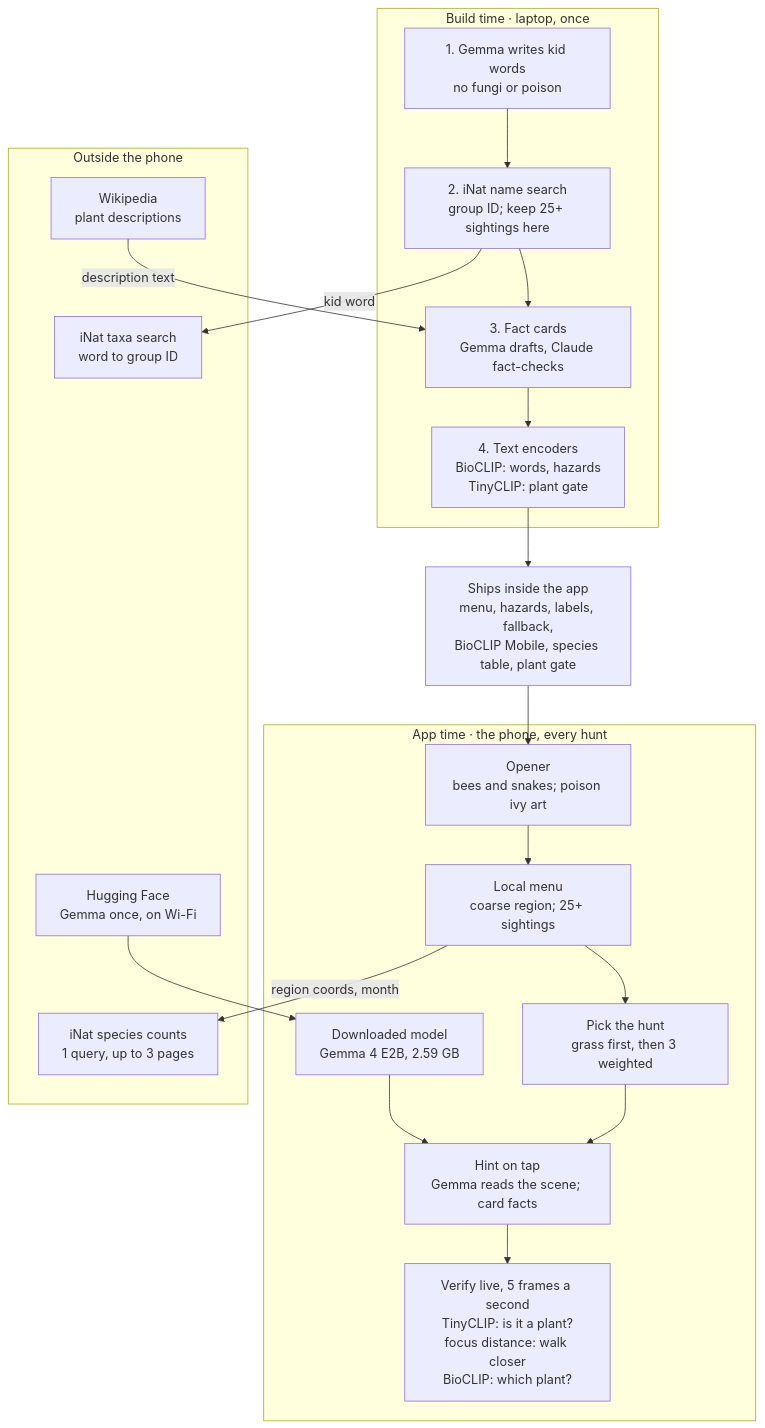
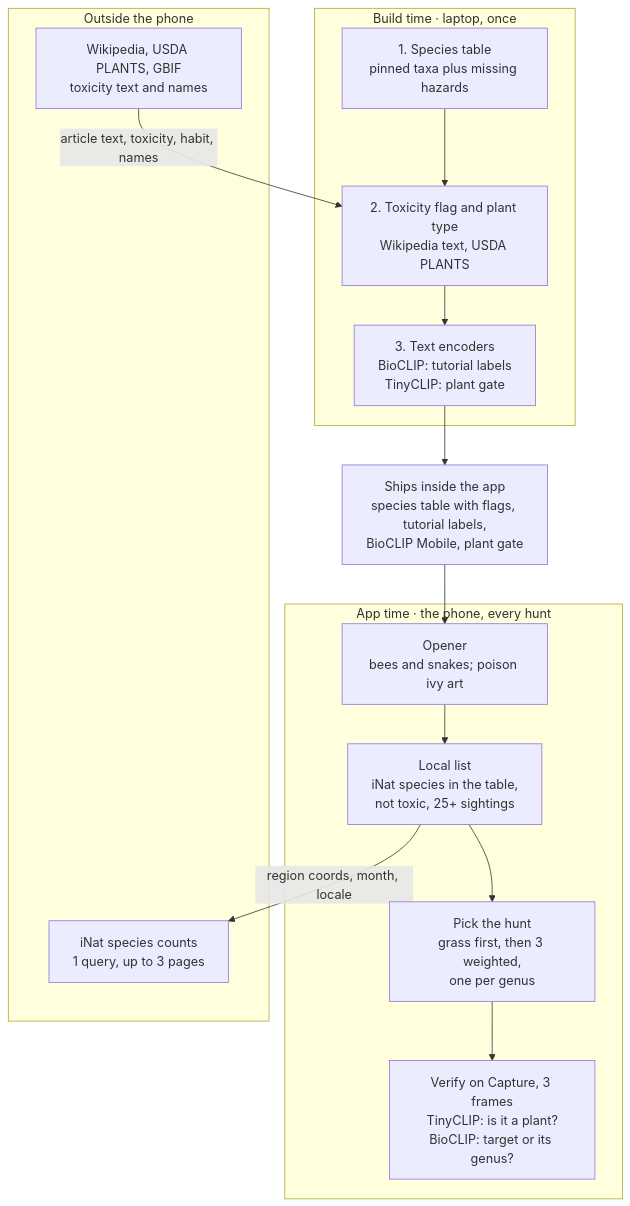
Before and after one commit to anchildress1/wild-find: the diagram in docs/PRD.md, drawn with Mermaid. The commit also changed other lines of this file and 123 other files, not shown here.

First line of the commit message:
feat: drop Gemma, verify on capture, and build toxicity flags (#11)

````diff
--- a/docs/PRD.md
+++ b/docs/PRD.md
@@ -173,42 +183,34 @@
 ```mermaid
 %%{init: {'theme': 'default'}}%%
 flowchart TD
     accTitle: wild-find architecture
-    accDescr: Build time runs once on a laptop and ships the menu, hazards, label vectors, the species table, the plant gate, and a fallback list inside the app. At app time the phone runs the opener, local menu, hunt pick, hints, and live verification with a plant gate and BioCLIP. Photos and precise location never leave the phone.
+    accDescr: Build time runs once on a laptop and ships the species table with hazard and toxicity flags, the tutorial label vectors, BioCLIP Mobile, and the plant gate inside the app. At app time the phone pulls the local species list, filters it against the table, picks the hunt, and verifies each capture with the plant gate and BioCLIP. Photos and precise location never leave the phone.
 
     subgraph build["Build time · laptop, once"]
-        B1["1. Gemma writes kid words<br/>no fungi or poison"]
-        B2["2. iNat name search<br/>group ID; keep 25+ sightings here"]
-        B3["3. Fact cards<br/>Gemma drafts, Claude fact-checks"]
-        B4["4. Text encoders<br/>BioCLIP: words, hazards<br/>TinyCLIP: plant gate"]
-        B1 --> B2 --> B3 --> B4
+        B1["1. Species table<br/>pinned taxa plus missing hazards"]
+        B2["2. Toxicity flag and plant type<br/>Wikipedia text, USDA PLANTS"]
+        B3["3. Text encoders<br/>BioCLIP: tutorial labels<br/>TinyCLIP: plant gate"]
+        B1 --> B2 --> B3
     end
 
-    SHIP["Ships inside the app<br/>menu, hazards, labels, fallback,<br/>BioCLIP Mobile, species table, plant gate"]
-    B4 --> SHIP
+    SHIP["Ships inside the app<br/>species table with flags, tutorial labels,<br/>BioCLIP Mobile, plant gate"]
+    B3 --> SHIP
 
     subgraph app["App time · the phone, every hunt"]
         A1["Opener<br/>bees and snakes; poison ivy art"]
-        A2["Local menu<br/>coarse region; 25+ sightings"]
-        A3["Pick the hunt<br/>grass first, then 3 weighted"]
-        A4["Hint on tap<br/>Gemma reads the scene; card facts"]
-        A5["Verify live, 5 frames a second<br/>TinyCLIP: is it a plant?<br/>focus distance: walk closer<br/>BioCLIP: which plant?"]
-        M["Downloaded model<br/>Gemma 4 E2B, 2.59 GB"]
-        A1 --> A2 --> A3 --> A4 --> A5
-        M --> A4
+        A2["Local list<br/>iNat species in the table,<br/>not toxic, 25+ sightings"]
+        A3["Pick the hunt<br/>grass first, then 3 weighted,<br/>one per genus"]
+        A5["Verify on Capture, 3 frames<br/>TinyCLIP: is it a plant?<br/>BioCLIP: target or its genus?"]
+        A1 --> A2 --> A3 --> A5
     end
 
     SHIP --> A1
 
     subgraph outside["Outside the phone"]
-        E1["iNat taxa search<br/>word to group ID"]
-        E2["Wikipedia<br/>plant descriptions"]
+        E2["Wikipedia, USDA PLANTS, GBIF<br/>toxicity text and names"]
         E3["iNat species counts<br/>1 query, up to 3 pages"]
-        E4["Hugging Face<br/>Gemma once, on Wi-Fi"]
     end
 
-    B2 -- "kid word" --> E1
-    E2 -- "description text" --> B3
-    A2 -- "region coords, month" --> E3
-    E4 --> M
+    E2 -- "article text, toxicity, habit, names" --> B2
+    A2 -- "region coords, month, locale" --> E3
 ```
````
